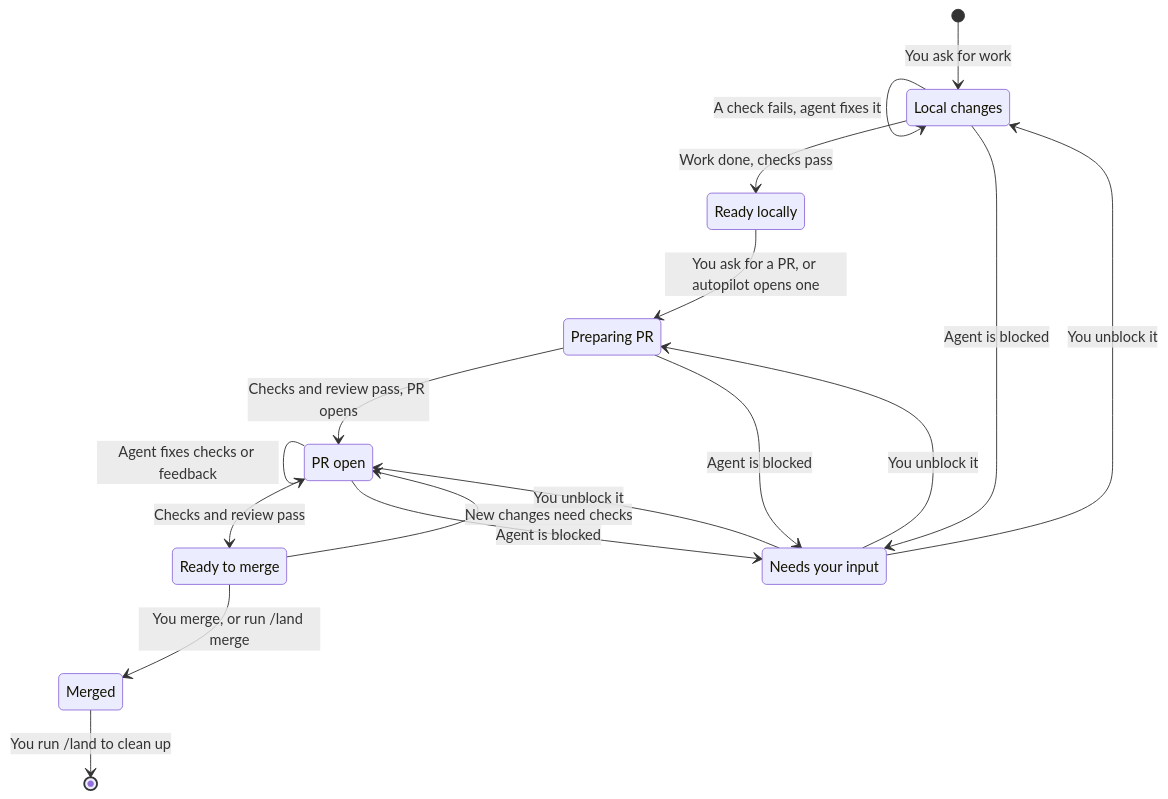
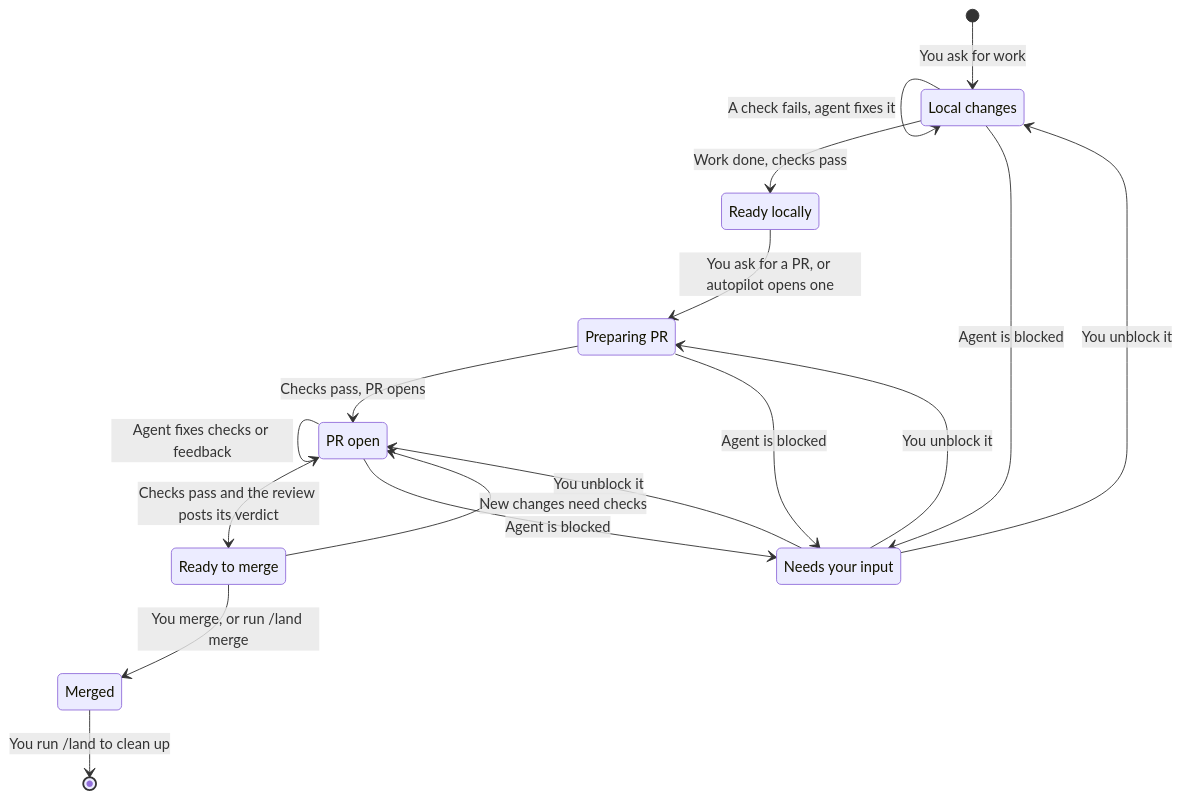
One commit to jvillegasd/harness changed the diagram in README.md. Above: the diagram before and after it, drawn with Mermaid. The commit also changed other lines of this file and 62 other files, not shown here.

````diff
--- a/README.md
+++ b/README.md
@@ -55,28 +104,28 @@
 ```mermaid
 stateDiagram-v2
     direction TB
     state "Local changes" as Local
     state "Ready locally" as LocalReady
     state "Preparing PR" as Preparing
     state "PR open" as PR
     state "Ready to merge" as MergeReady
     state "Needs your input" as Waiting
 
     [*] --> Local: You ask for work
     Local --> Local: A check fails, agent fixes it
     Local --> LocalReady: Work done, checks pass
     LocalReady --> Preparing: You ask for a PR, or autopilot opens one
-    Preparing --> PR: Checks and review pass, PR opens
+    Preparing --> PR: Checks pass, PR opens
     PR --> PR: Agent fixes checks or feedback
-    PR --> MergeReady: Checks and review pass
+    PR --> MergeReady: Checks pass and the review posts its verdict
     MergeReady --> PR: New changes need checks
     MergeReady --> Merged: You merge, or run /land merge
     Merged --> [*]: You run /land to clean up
 
     Local --> Waiting: Agent is blocked
     Preparing --> Waiting: Agent is blocked
     PR --> Waiting: Agent is blocked
     Waiting --> Local: You unblock it
     Waiting --> Preparing: You unblock it
     Waiting --> PR: You unblock it
 ```
````
